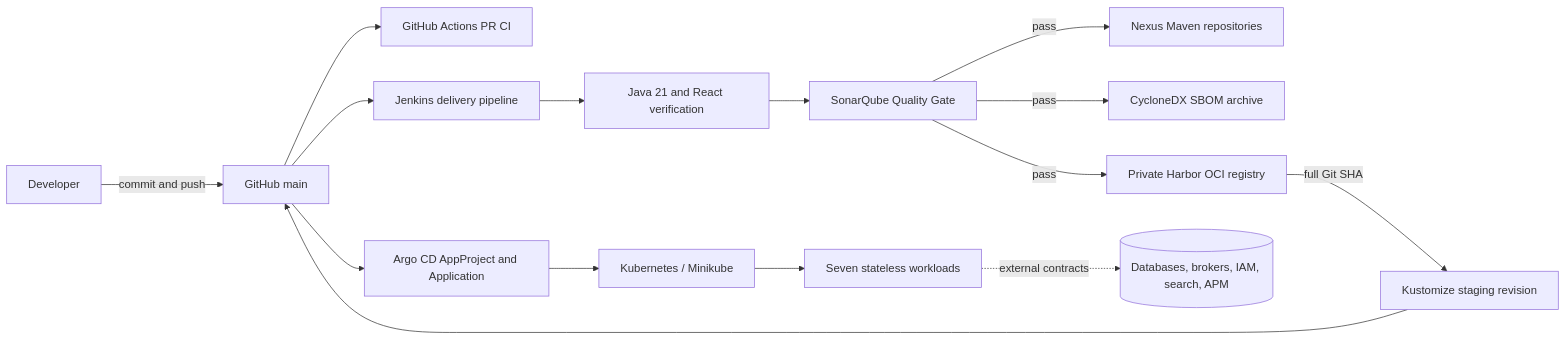
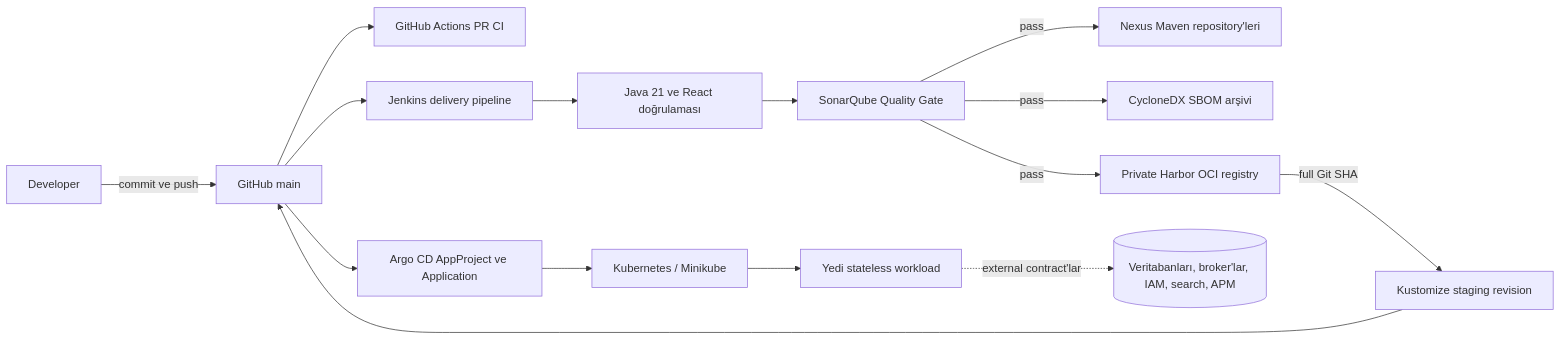
The second of 2 diagrams in README.md (aydindemir1/health-insurance-platform), drawn with Mermaid before and after one commit. The commit also changed other lines of this file, not shown here.

````diff
--- a/README.md
+++ b/README.md
@@ -416,17 +251,17 @@
 ```mermaid
 flowchart LR
-    Developer[Developer] -->|commit and push| GitHub[GitHub main]
+    Developer[Developer] -->|commit ve push| GitHub[GitHub main]
     GitHub --> Actions[GitHub Actions PR CI]
     GitHub --> Jenkins[Jenkins delivery pipeline]
-    Jenkins --> Verify[Java 21 and React verification]
+    Jenkins --> Verify[Java 21 ve React doğrulaması]
     Verify --> Sonar[SonarQube Quality Gate]
-    Sonar -->|pass| Nexus[Nexus Maven repositories]
-    Sonar -->|pass| SBOM[CycloneDX SBOM archive]
+    Sonar -->|pass| Nexus[Nexus Maven repository'leri]
+    Sonar -->|pass| SBOM[CycloneDX SBOM arşivi]
     Sonar -->|pass| Harbor[Private Harbor OCI registry]
     Harbor -->|full Git SHA| Kustomize[Kustomize staging revision]
     Kustomize --> GitHub
-    GitHub --> Argo[Argo CD AppProject and Application]
+    GitHub --> Argo[Argo CD AppProject ve Application]
     Argo --> Kubernetes[Kubernetes / Minikube]
-    Kubernetes --> Workloads[Seven stateless workloads]
-    Workloads -. external contracts .-> Dependencies[(Databases, brokers, IAM, search, APM)]
+    Kubernetes --> Workloads[Yedi stateless workload]
+    Workloads -. external contract'lar .-> Dependencies[(Veritabanları, broker'lar, IAM, search, APM)]
 ```
````
